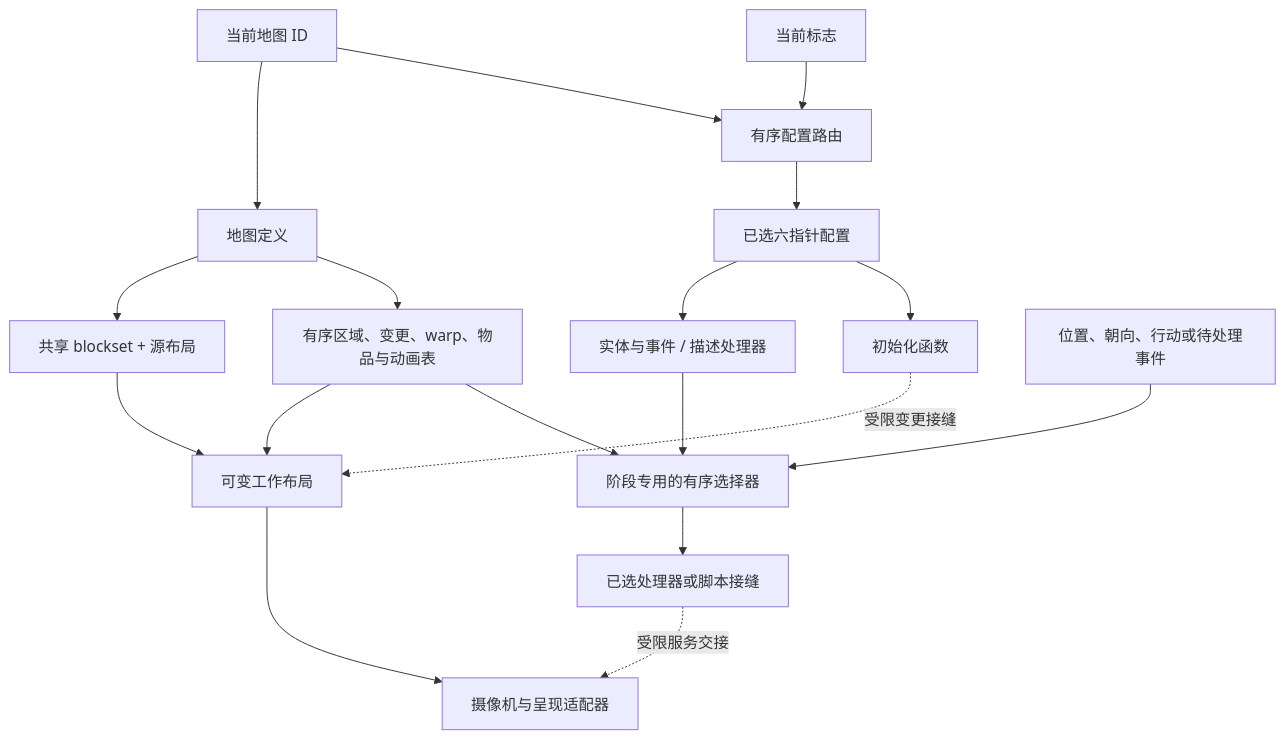
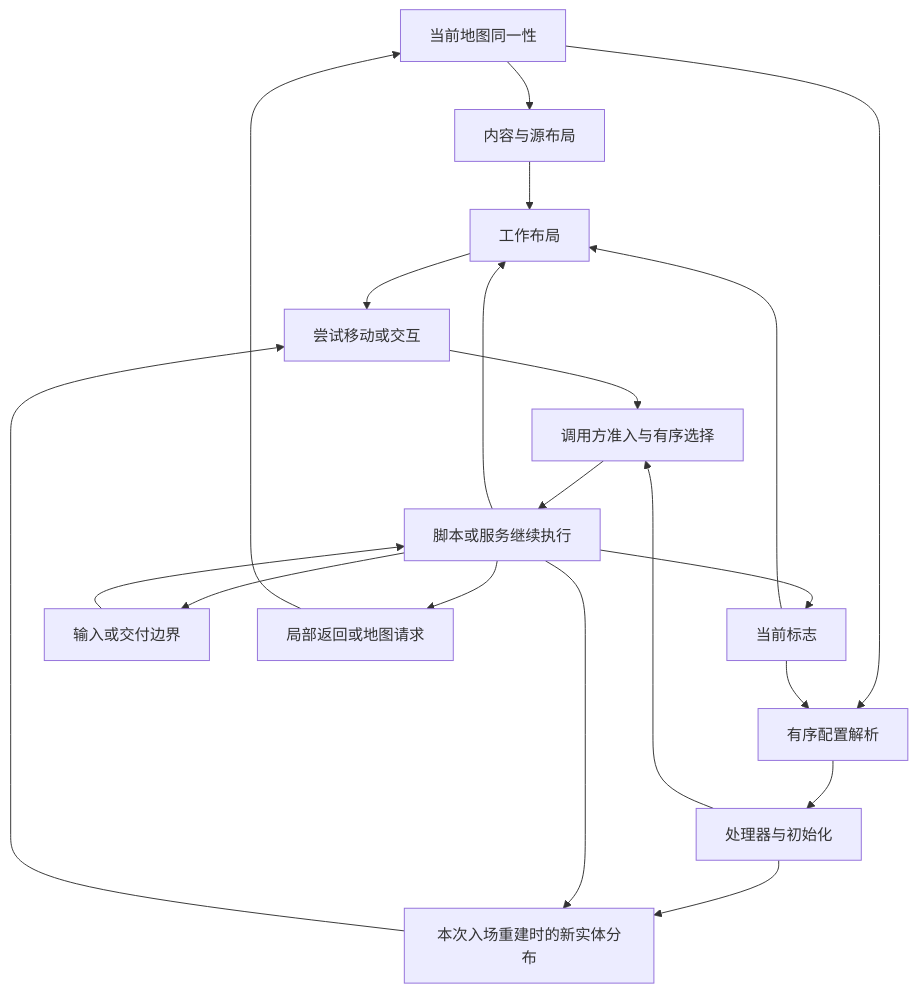
One commit to FrankHZ/md-sf2-reverse-engineering changed the diagram in docs/design/zh-CN/synthesis/map-design-principles.md. Above: the diagram before and after it, drawn with Mermaid. The commit also changed other lines of this file and 1 other file, not shown here.

````diff
--- a/docs/design/zh-CN/synthesis/map-design-principles.md
+++ b/docs/design/zh-CN/synthesis/map-design-principles.md
@@ -55,20 +78,22 @@
 ```mermaid
 flowchart TD
-    ID["当前地图 ID"] --> DEF["地图定义"]
-    DEF --> IMM["共享 blockset + 源布局"]
-    DEF --> TABLES["有序区域、变更、warp、物品与动画表"]
-    ID --> ROUTE["有序配置路由"]
-    FLAGS["当前标志"] --> ROUTE
-    ROUTE --> SETUP["已选六指针配置"]
-    SETUP --> ENT["实体与事件 / 描述处理器"]
-    SETUP --> INIT["初始化函数"]
-    IMM --> WORK["可变工作布局"]
-    TABLES --> WORK
-    INIT -. "受限变更接缝" .-> WORK
-    INPUT["位置、朝向、行动或待处理事件"] --> SELECT["阶段专用的有序选择器"]
-    TABLES --> SELECT
-    ENT --> SELECT
-    SELECT --> SCRIPT["已选处理器或脚本接缝"]
-    WORK --> PRESENT["摄像机与呈现适配器"]
-    SCRIPT -. "受限服务交接" .-> PRESENT
+    ID[当前地图同一性] --> DEF[内容与源布局]
+    ID --> ROUTE[有序配置解析]
+    FLAGS[当前标志] --> ROUTE
+    ROUTE --> SETUP[处理器与初始化]
+    DEF --> WORK[工作布局]
+    FLAGS --> WORK
+    SETUP --> LIVE[本次入场重建时的新实体分布]
+    LIVE --> ACTION[尝试移动或交互]
+    WORK --> ACTION
+    ACTION --> SELECT[调用方准入与有序选择]
+    SETUP --> SELECT
+    SELECT --> PROGRAM[脚本或服务继续执行]
+    PROGRAM --> FLAGS
+    PROGRAM --> LIVE
+    PROGRAM --> WORK
+    PROGRAM --> WAIT[输入或交付边界]
+    WAIT --> PROGRAM
+    PROGRAM --> RETURN[局部返回或地图请求]
+    RETURN --> ID
 ```
````
